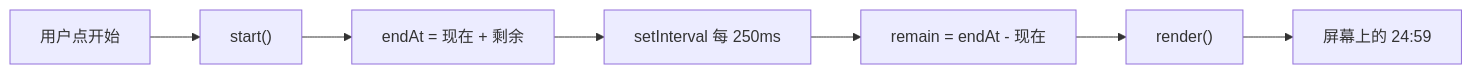
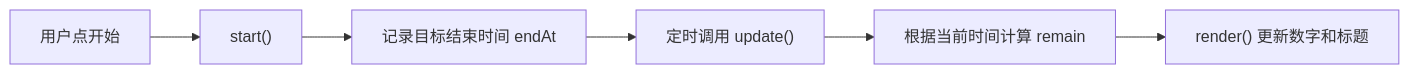
The diagram in docs/craft/read.md (Dawn6666666/VibePrimer), drawn with Mermaid before and after one commit. The commit also changed other lines of this file and 35 other files, not shown here.

````diff
--- a/docs/craft/read.md
+++ b/docs/craft/read.md
@@ -46,9 +31,8 @@
 ```mermaid
 flowchart LR
   A["用户点开始"] --> B["start()"]
-  B --> C["endAt = 现在 + 剩余"]
-  C --> D["setInterval 每 250ms"]
-  D --> E["remain = endAt - 现在"]
-  E --> F["render()"]
-  F --> G["屏幕上的 24:59"]
+  B --> C["记录目标结束时间 endAt"]
+  C --> D["定时调用 update()"]
+  D --> E["根据当前时间计算 remain"]
+  E --> F["render() 更新数字和标题"]
 ```
````
